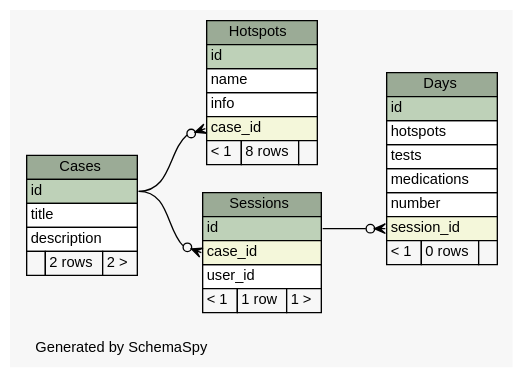
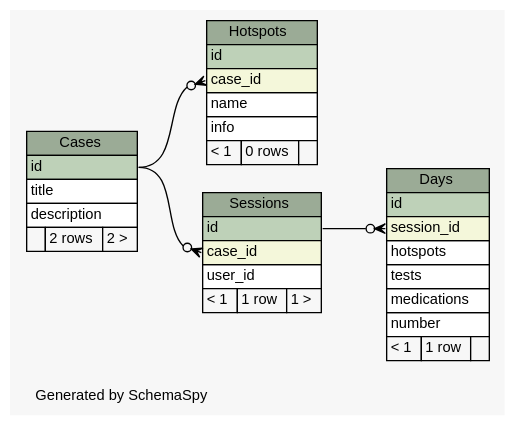
One commit to carrel2/CaseStudies changed the diagram in web/files/schema/diagrams/summary/relationships.real.large.dot. Above: the diagram before and after it, drawn with Graphviz. The commit also changed 40 other files, not shown here.

```diff
--- a/web/files/schema/diagrams/summary/relationships.real.large.dot
+++ b/web/files/schema/diagrams/summary/relationships.real.large.dot
@@ -1,77 +1,77 @@
 // dot 2.38.0 on Linux 4.4.0-59-generic
 // SchemaSpy rev 590
 digraph "largeRelationshipsDiagram" {
   graph [
     rankdir="RL"
     bgcolor="#f7f7f7"
     label="\nGenerated by SchemaSpy"
     labeljust="l"
     nodesep="0.18"
     ranksep="0.46"
     fontname="Helvetica"
     fontsize="11"
   ];
   node [
     fontname="Helvetica"
     fontsize="11"
     shape="plaintext"
   ];
   edge [
     arrowsize="0.8"
   ];
   "Cases" [
     label=<
     <TABLE BORDER="0" CELLBORDER="1" CELLSPACING="0" BGCOLOR="#ffffff">
       <TR><TD COLSPAN="3" BGCOLOR="#9bab96" ALIGN="CENTER">Cases</TD></TR>
       <TR><TD PORT="id" COLSPAN="3" BGCOLOR="#bed1b8" ALIGN="LEFT">id</TD></TR>
       <TR><TD PORT="title" COLSPAN="3" ALIGN="LEFT">title</TD></TR>
       <TR><TD PORT="description" COLSPAN="3" ALIGN="LEFT">description</TD></TR>
       <TR><TD ALIGN="LEFT" BGCOLOR="#f7f7f7">  </TD><TD ALIGN="RIGHT" BGCOLOR="#f7f7f7">2 rows</TD><TD ALIGN="RIGHT" BGCOLOR="#f7f7f7">2 &gt;</TD></TR>
     </TABLE>>
     URL="tables/Cases.html"
     tooltip="Cases"
   ];
   "Days" [
     label=<
     <TABLE BORDER="0" CELLBORDER="1" CELLSPACING="0" BGCOLOR="#ffffff">
       <TR><TD COLSPAN="3" BGCOLOR="#9bab96" ALIGN="CENTER">Days</TD></TR>
       <TR><TD PORT="id" COLSPAN="3" BGCOLOR="#bed1b8" ALIGN="LEFT">id</TD></TR>
+      <TR><TD PORT="session_id" COLSPAN="3" BGCOLOR="#f4f7da" ALIGN="LEFT">session_id</TD></TR>
       <TR><TD PORT="hotspots" COLSPAN="3" ALIGN="LEFT">hotspots</TD></TR>
       <TR><TD PORT="tests" COLSPAN="3" ALIGN="LEFT">tests</TD></TR>
       <TR><TD PORT="medications" COLSPAN="3" ALIGN="LEFT">medications</TD></TR>
       <TR><TD PORT="number" COLSPAN="3" ALIGN="LEFT">number</TD></TR>
-      <TR><TD PORT="session_id" COLSPAN="3" BGCOLOR="#f4f7da" ALIGN="LEFT">session_id</TD></TR>
-      <TR><TD ALIGN="LEFT" BGCOLOR="#f7f7f7">&lt; 1</TD><TD ALIGN="RIGHT" BGCOLOR="#f7f7f7">0 rows</TD><TD ALIGN="RIGHT" BGCOLOR="#f7f7f7">  </TD></TR>
+      <TR><TD ALIGN="LEFT" BGCOLOR="#f7f7f7">&lt; 1</TD><TD ALIGN="RIGHT" BGCOLOR="#f7f7f7">1 row</TD><TD ALIGN="RIGHT" BGCOLOR="#f7f7f7">  </TD></TR>
     </TABLE>>
     URL="tables/Days.html"
     tooltip="Days"
   ];
   "Hotspots" [
     label=<
     <TABLE BORDER="0" CELLBORDER="1" CELLSPACING="0" BGCOLOR="#ffffff">
       <TR><TD COLSPAN="3" BGCOLOR="#9bab96" ALIGN="CENTER">Hotspots</TD></TR>
       <TR><TD PORT="id" COLSPAN="3" BGCOLOR="#bed1b8" ALIGN="LEFT">id</TD></TR>
+      <TR><TD PORT="case_id" COLSPAN="3" BGCOLOR="#f4f7da" ALIGN="LEFT">case_id</TD></TR>
       <TR><TD PORT="name" COLSPAN="3" ALIGN="LEFT">name</TD></TR>
       <TR><TD PORT="info" COLSPAN="3" ALIGN="LEFT">info</TD></TR>
-      <TR><TD PORT="case_id" COLSPAN="3" BGCOLOR="#f4f7da" ALIGN="LEFT">case_id</TD></TR>
-      <TR><TD ALIGN="LEFT" BGCOLOR="#f7f7f7">&lt; 1</TD><TD ALIGN="RIGHT" BGCOLOR="#f7f7f7">8 rows</TD><TD ALIGN="RIGHT" BGCOLOR="#f7f7f7">  </TD></TR>
+      <TR><TD ALIGN="LEFT" BGCOLOR="#f7f7f7">&lt; 1</TD><TD ALIGN="RIGHT" BGCOLOR="#f7f7f7">0 rows</TD><TD ALIGN="RIGHT" BGCOLOR="#f7f7f7">  </TD></TR>
     </TABLE>>
     URL="tables/Hotspots.html"
     tooltip="Hotspots"
   ];
   "Sessions" [
     label=<
     <TABLE BORDER="0" CELLBORDER="1" CELLSPACING="0" BGCOLOR="#ffffff">
       <TR><TD COLSPAN="3" BGCOLOR="#9bab96" ALIGN="CENTER">Sessions</TD></TR>
       <TR><TD PORT="id" COLSPAN="3" BGCOLOR="#bed1b8" ALIGN="LEFT">id</TD></TR>
       <TR><TD PORT="case_id" COLSPAN="3" BGCOLOR="#f4f7da" ALIGN="LEFT">case_id</TD></TR>
       <TR><TD PORT="user_id" COLSPAN="3" ALIGN="LEFT">user_id</TD></TR>
       <TR><TD ALIGN="LEFT" BGCOLOR="#f7f7f7">&lt; 1</TD><TD ALIGN="RIGHT" BGCOLOR="#f7f7f7">1 row</TD><TD ALIGN="RIGHT" BGCOLOR="#f7f7f7">1 &gt;</TD></TR>
     </TABLE>>
     URL="tables/Sessions.html"
     tooltip="Sessions"
   ];
   "Days":"session_id":w -> "Sessions":"id":e [arrowhead=none dir=back arrowtail=crowodot];
   "Hotspots":"case_id":w -> "Cases":"id":e [arrowhead=none dir=back arrowtail=crowodot];
   "Sessions":"case_id":w -> "Cases":"id":e [arrowhead=none dir=back arrowtail=crowodot];
 }
```
